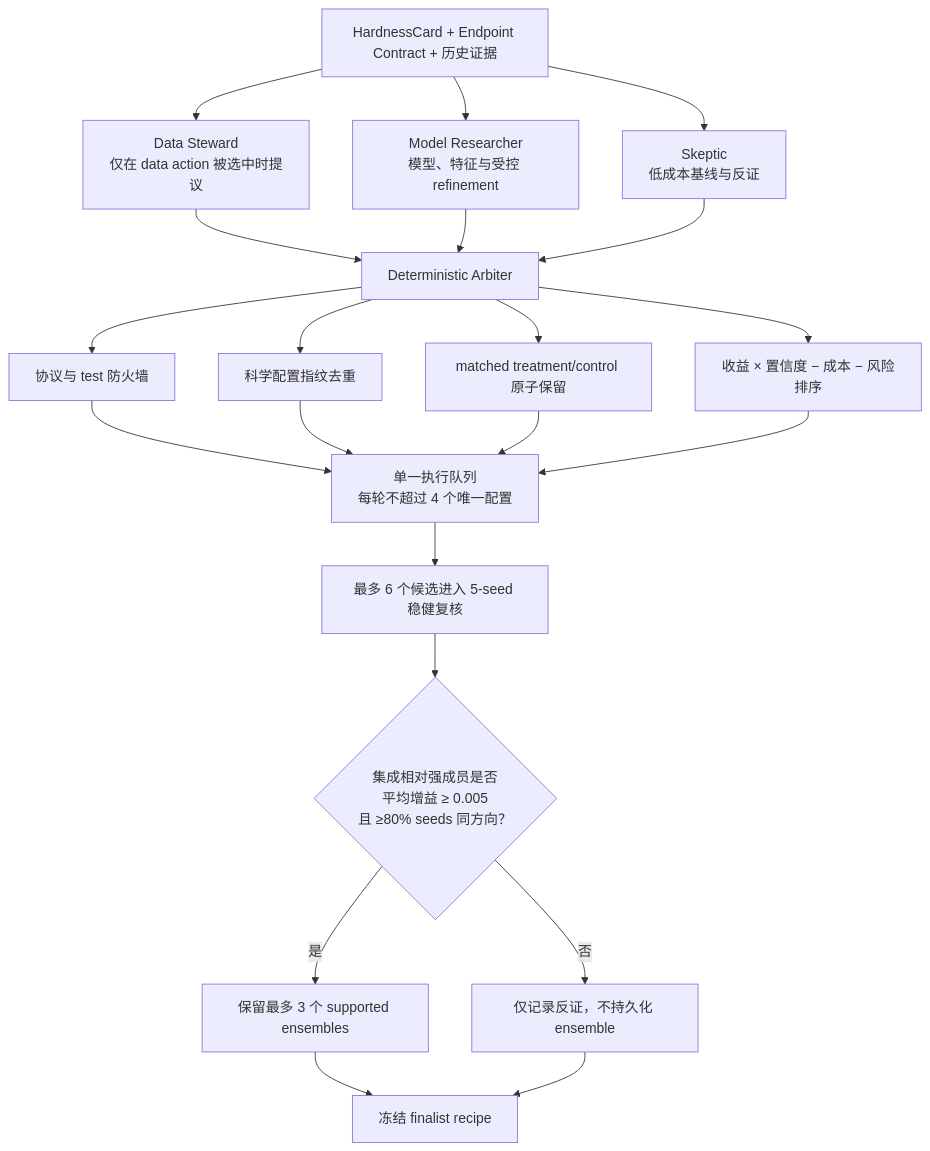
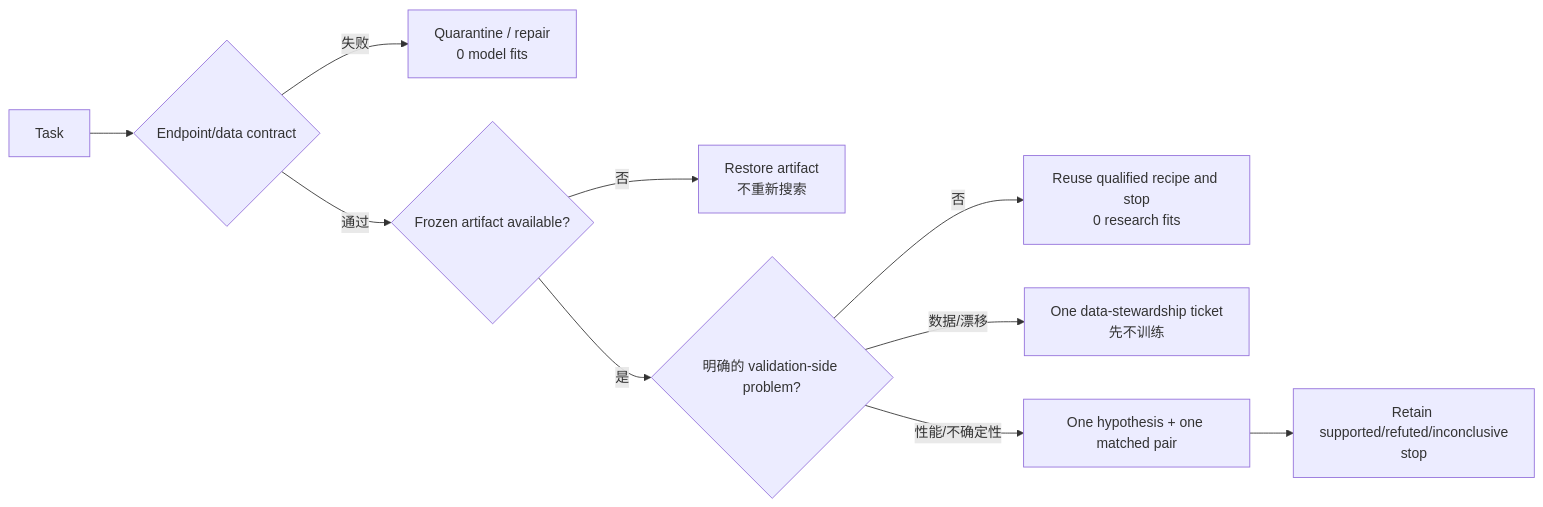
The third of 15 diagrams in docs/admet_evo_research_agent_architecture.md (OTeam-AI4S/ADMET-EvO), drawn with Mermaid before and after one commit. The commit also changed other lines of this file and 309 other files, not shown here.

````diff
--- a/docs/admet_evo_research_agent_architecture.md
+++ b/docs/admet_evo_research_agent_architecture.md
@@ -142,27 +142,12 @@
 ```mermaid
-flowchart TD
-    H["HardnessCard + Endpoint Contract + 历史证据"] --> DS["Data Steward<br/>仅在 data action 被选中时提议"]
-    H --> MR["Model Researcher<br/>模型、特征与受控 refinement"]
-    H --> SK["Skeptic<br/>低成本基线与反证"]
-
-    DS --> A["Deterministic Arbiter"]
-    MR --> A
-    SK --> A
-
-    A --> G1["协议与 test 防火墙"]
-    A --> G2["科学配置指纹去重"]
-    A --> G3["matched treatment/control 原子保留"]
-    A --> G4["收益 × 置信度 − 成本 − 风险排序"]
-
-    G1 --> Q["单一执行队列<br/>每轮不超过 4 个唯一配置"]
-    G2 --> Q
-    G3 --> Q
-    G4 --> Q
-
-    Q --> P["最多 6 个候选进入 5-seed 稳健复核"]
-    P --> E{"集成相对强成员是否<br/>平均增益 ≥ 0.005<br/>且 ≥80% seeds 同方向？"}
-    E -->|"是"| K["保留最多 3 个 supported ensembles"]
-    E -->|"否"| X["仅记录反证，不持久化 ensemble"]
-    K --> F["冻结 finalist recipe"]
-    X --> F
+flowchart LR
+    T["Task"] --> K{"Endpoint/data contract"}
+    K -->|"失败"| Q["Quarantine / repair<br/>0 model fits"]
+    K -->|"通过"| F{"Frozen artifact available?"}
+    F -->|"否"| A["Restore artifact<br/>不重新搜索"]
+    F -->|"是"| P{"明确的 validation-side problem?"}
+    P -->|"否"| X["Reuse qualified recipe and stop<br/>0 research fits"]
+    P -->|"数据/漂移"| D["One data-stewardship ticket<br/>先不训练"]
+    P -->|"性能/不确定性"| E["One hypothesis + one matched pair"]
+    E --> R["Retain supported/refuted/inconclusive<br/>stop"]
 ```
````
